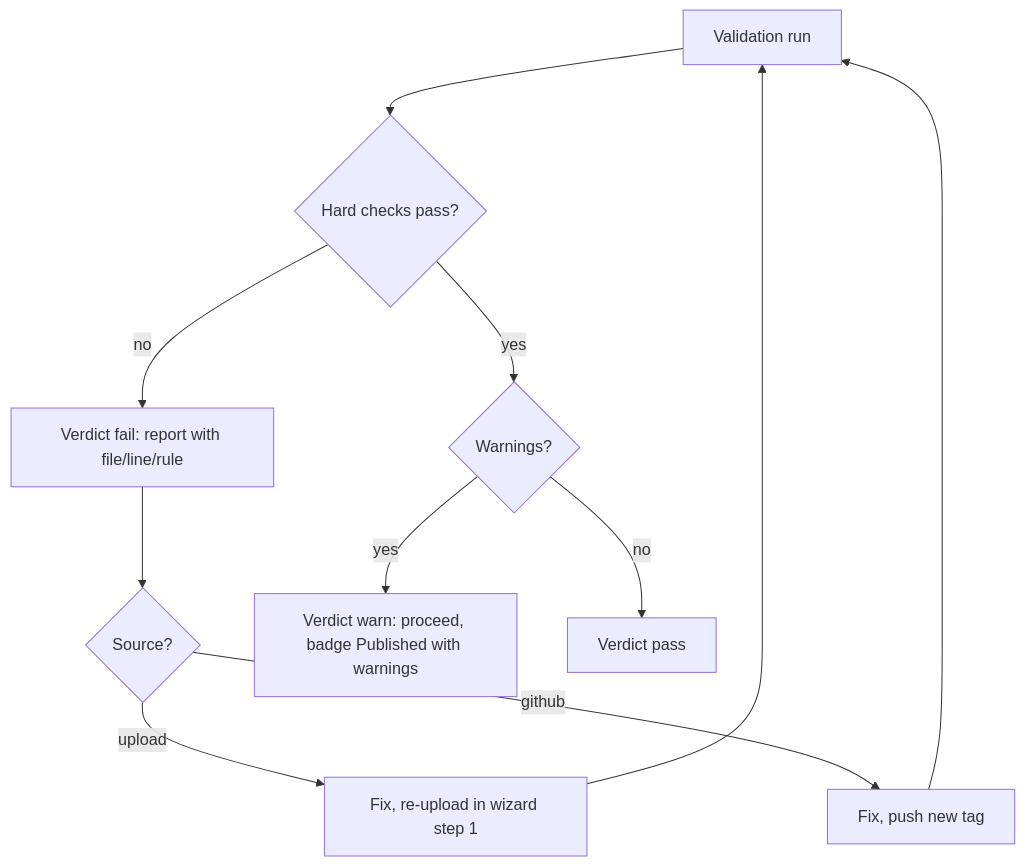
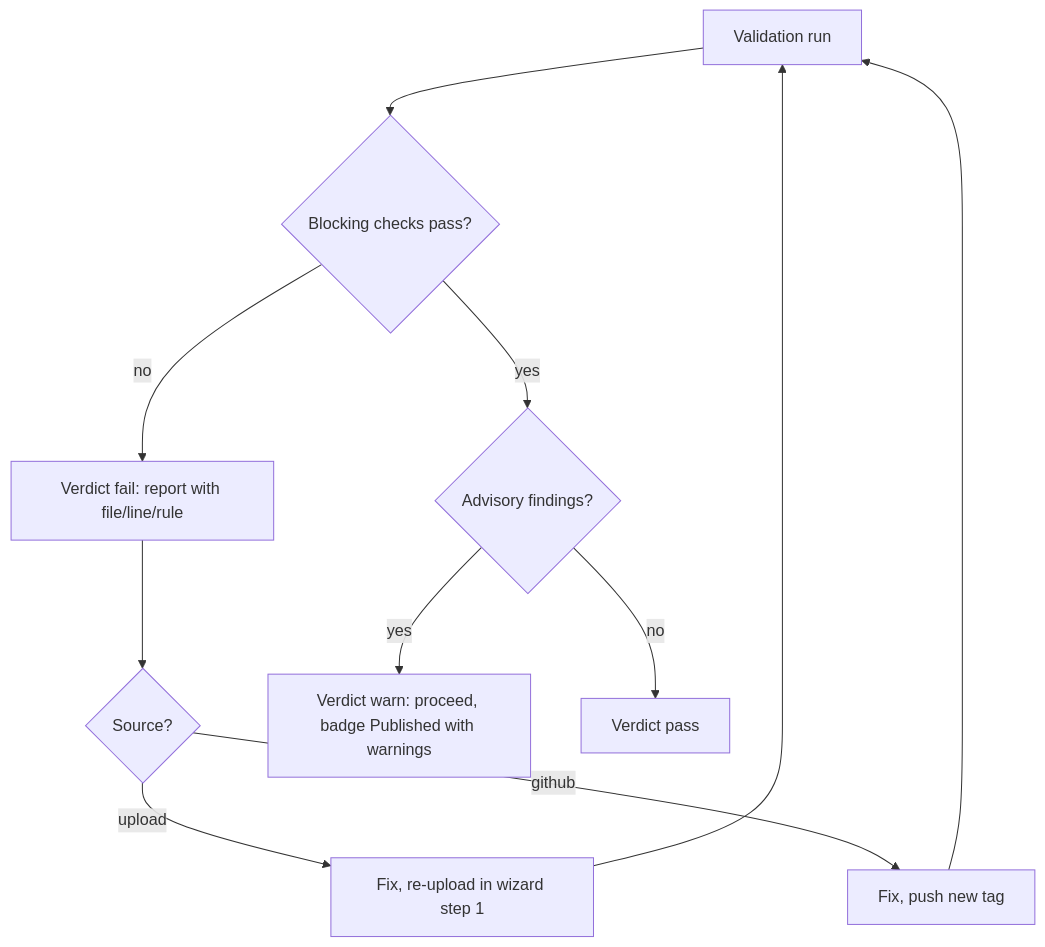
The seventh of 13 diagrams in docs/ui/flows.md (Claudinite/PackServer), drawn with Mermaid before and after one commit. The commit also changed other lines of this file and 6 other files, not shown here.

````diff
--- a/docs/ui/flows.md
+++ b/docs/ui/flows.md
@@ -306,13 +312,13 @@
 ```mermaid
 flowchart TD
-  A["Validation run"] --> B{"Hard checks pass?"}
+  A["Validation run"] --> B{"Blocking checks pass?"}
   B -- no --> C["Verdict fail: report with file/line/rule"]
   C --> D{"Source?"}
   D -- upload --> E["Fix, re-upload in wizard step 1"]
   D -- github --> F["Fix, push new tag"]
   E --> A
   F --> A
-  B -- yes --> G{"Warnings?"}
+  B -- yes --> G{"Advisory findings?"}
   G -- yes --> H["Verdict warn: proceed, badge Published with warnings"]
   G -- no --> I["Verdict pass"]
 ```
````
